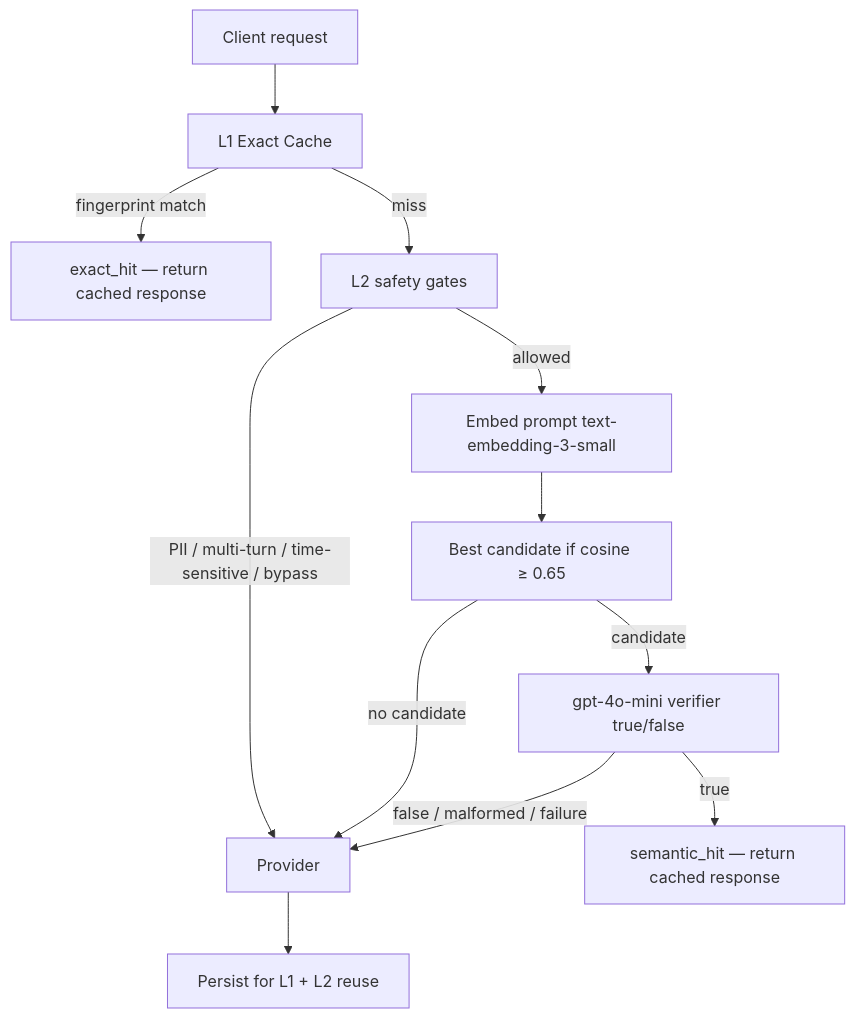
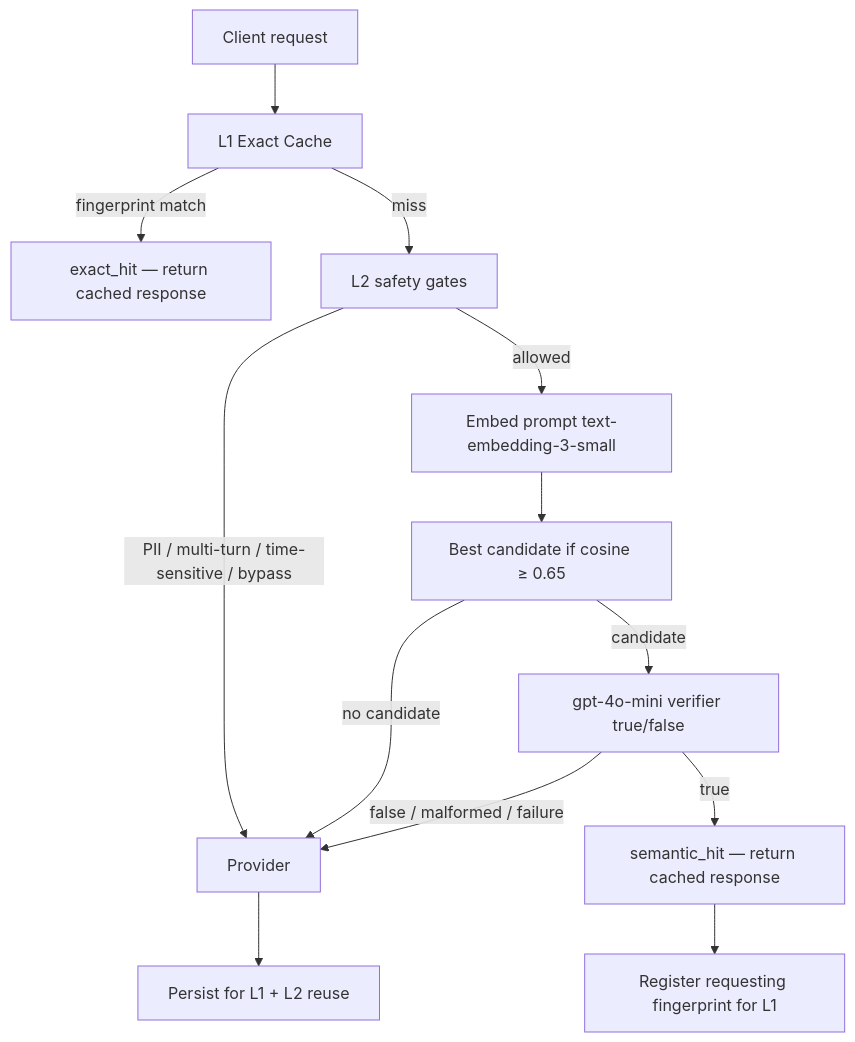
Before and after one commit to AseelHerzallah1/llm-gateway: the diagram in docs/CACHE_TUNING.md, drawn with Mermaid. The commit also changed other lines of this file and 14 other files, not shown here.

````diff
--- a/docs/CACHE_TUNING.md
+++ b/docs/CACHE_TUNING.md
@@ -14,14 +14,15 @@
 ```mermaid
 flowchart TD
     Request[Client request] --> L1[L1 Exact Cache]
     L1 -->|fingerprint match| ExactHit[exact_hit — return cached response]
     L1 -->|miss| Gates[L2 safety gates]
     Gates -->|PII / multi-turn / time-sensitive / bypass| Provider[Provider]
     Gates -->|allowed| Embed[Embed prompt text-embedding-3-small]
     Embed --> Retrieve[Best candidate if cosine ≥ 0.65]
     Retrieve -->|no candidate| Provider
     Retrieve -->|candidate| Verifier[gpt-4o-mini verifier true/false]
     Verifier -->|true| SemanticHit[semantic_hit — return cached response]
     Verifier -->|false / malformed / failure| Provider
+    SemanticHit --> Alias[Register requesting fingerprint for L1]
     Provider --> Store[Persist for L1 + L2 reuse]
 ```
````
